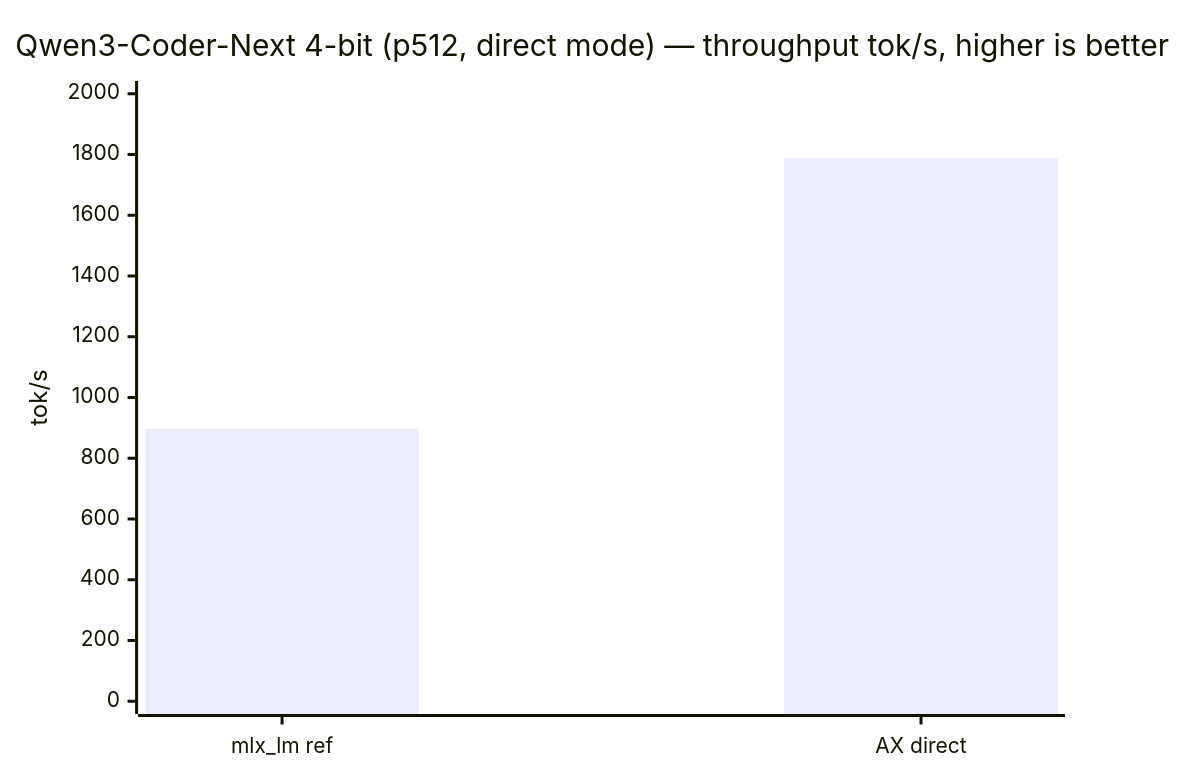
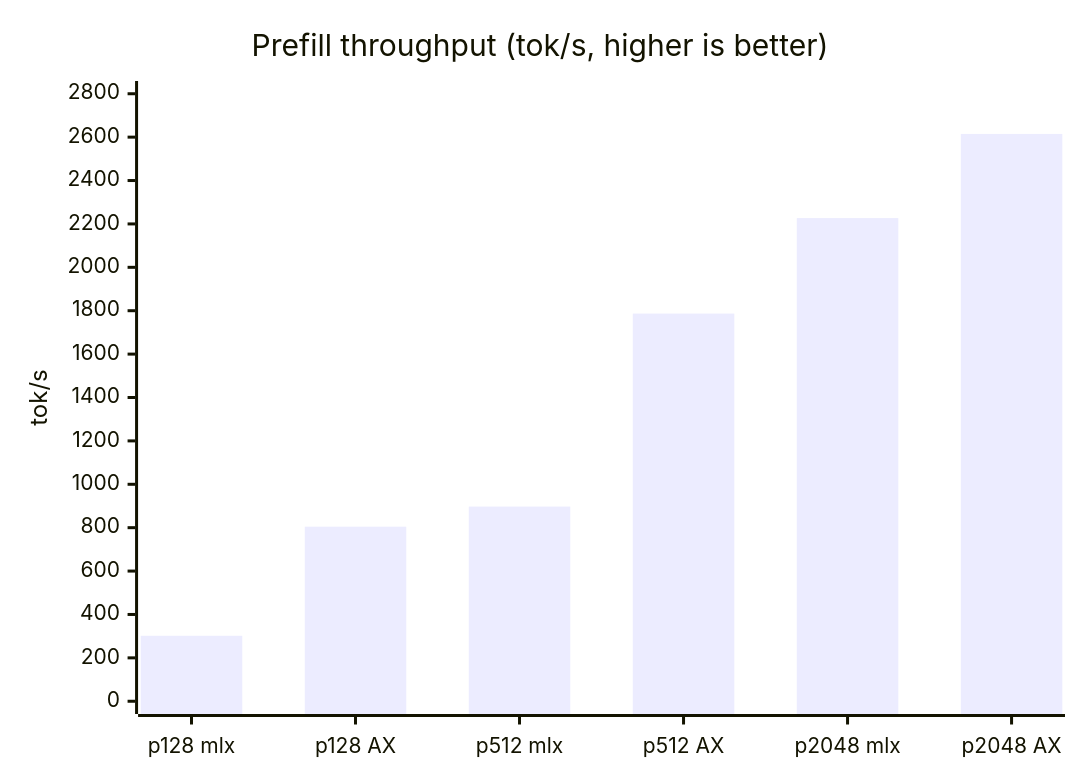
Before and after one commit to defai-digital/ax-engine: the first of 5 diagrams in benchmarks/results/mlx-inference/2026-06-13-qwen3-coder-next-prefill-probe/README.md, drawn with Mermaid. The commit also changed other lines of this file and 3 other files, not shown here.

First line of the commit message:
Complete Qwen3-Coder-Next direct-mode benchmark: add p128 and p2048

````diff
--- a/benchmarks/results/mlx-inference/2026-06-13-qwen3-coder-next-prefill-probe/README.md
+++ b/benchmarks/results/mlx-inference/2026-06-13-qwen3-coder-next-prefill-probe/README.md
@@ -39,10 +39,10 @@
 ```mermaid
 ---
 config: {"xychart-beta": {"titleFontSize": 16}}
 ---
 xychart-beta
-    title "Qwen3-Coder-Next 4-bit (p512, direct mode) — throughput tok/s, higher is better"
-    x-axis ["mlx_lm ref", "AX direct"]
-    y-axis "tok/s" 0 --> 2000
-    bar [897.2, 1786.9]
+    title "Prefill throughput (tok/s, higher is better)"
+    x-axis ["p128 mlx", "p128 AX", "p512 mlx", "p512 AX", "p2048 mlx", "p2048 AX"]
+    y-axis "tok/s" 0 --> 2800
+    bar [301.8, 804.7, 897.2, 1786.9, 2226.9, 2614.7]
 ```
````
